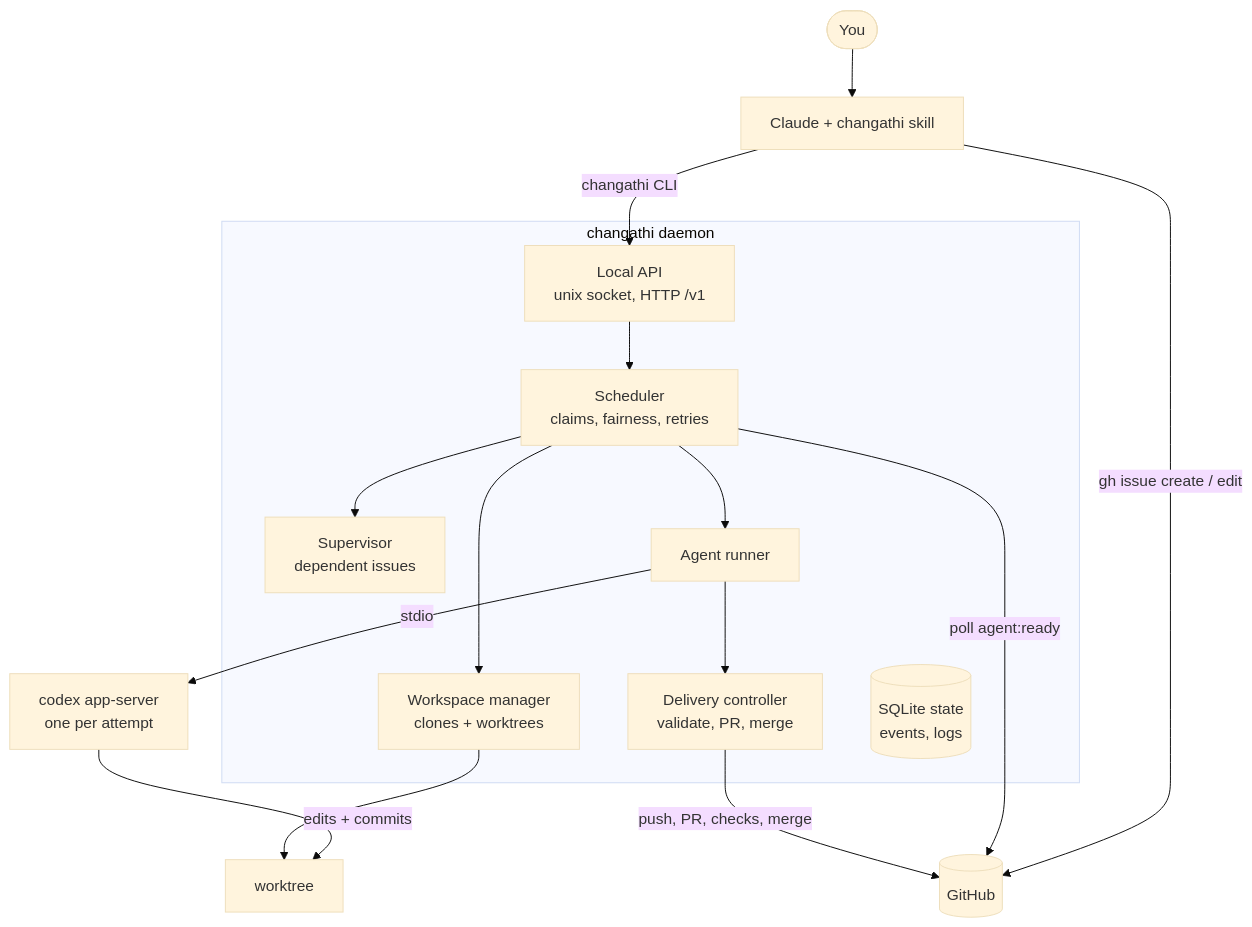
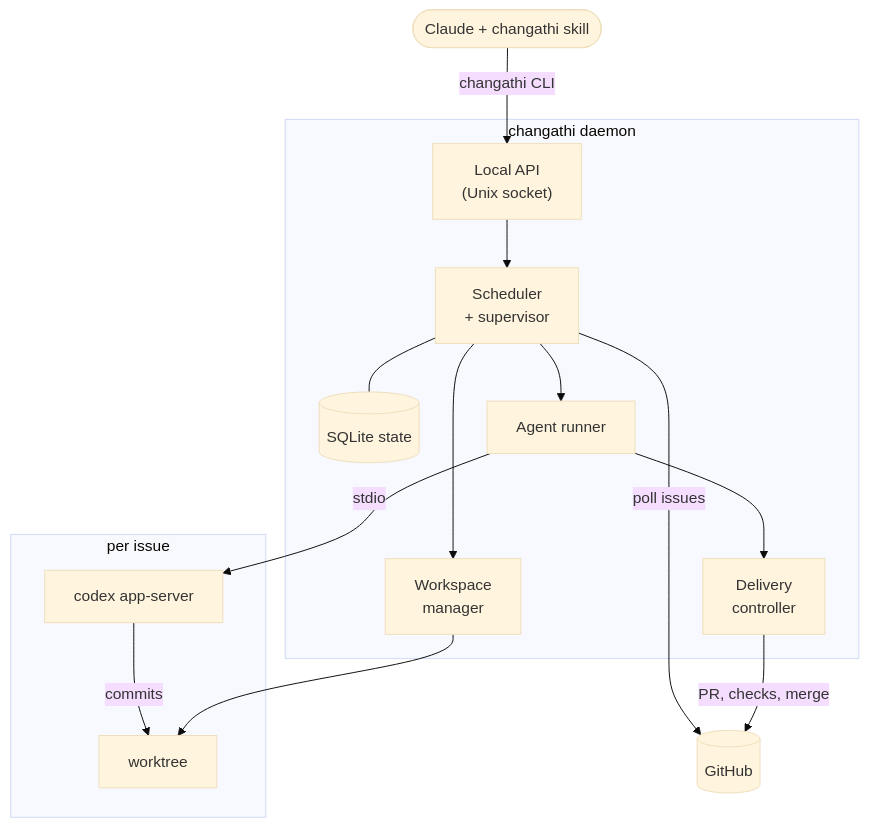
Before and after one commit to actuallyKasi/changathi: the first of 3 diagrams in README.md, drawn with Mermaid (base theme). The commit also changed other lines of this file, not shown here.

Commit message:
Lay out README diagrams top-down so they render larger
Claude-Session: https://claude.ai/code/session_01C5Ze8qR9ubXuPR654pWVtb

````diff
--- a/README.md
+++ b/README.md
@@ -112,21 +112,32 @@
 ```mermaid
 flowchart TB
-    you(["You"]) --> claude["Claude + changathi skill"]
-    claude -- "changathi CLI" --> api
-    claude -- "gh issue create / edit" --> gh[("GitHub")]
+    claude(["Claude + changathi skill"])
 
     subgraph daemon["changathi daemon"]
-        api["Local API<br/>unix socket, HTTP /v1"] --> sched["Scheduler<br/>claims, fairness, retries"]
-        sched --> sup["Supervisor<br/>dependent issues"]
-        sched --> ws["Workspace manager<br/>clones + worktrees"]
-        sched --> runner["Agent runner"]
-        runner --> deliver["Delivery controller<br/>validate, PR, merge"]
-        store[("SQLite state<br/>events, logs")]
+        api["Local API<br/>(Unix socket)"]
+        sched["Scheduler<br/>+ supervisor"]
+        store[("SQLite state")]
+        ws["Workspace<br/>manager"]
+        runner["Agent runner"]
+        deliver["Delivery<br/>controller"]
+        api --> sched
+        sched --- store
+        sched --> ws
+        sched --> runner
+        runner --> deliver
     end
 
-    sched -- "poll agent:ready" --> gh
-    deliver -- "push, PR, checks, merge" --> gh
-    runner -- "stdio" --> codex["codex app-server<br/>one per attempt"]
-    codex -- "edits + commits" --> wt["worktree"]
+    subgraph issue["per issue"]
+        codex["codex app-server"]
+        wt["worktree"]
+        codex -- "commits" --> wt
+    end
+
+    gh[("GitHub")]
+
+    claude -- "changathi CLI" --> api
     ws --> wt
+    runner -- "stdio" --> codex
+    sched -- "poll issues" --> gh
+    deliver -- "PR, checks, merge" --> gh
 ```
````
